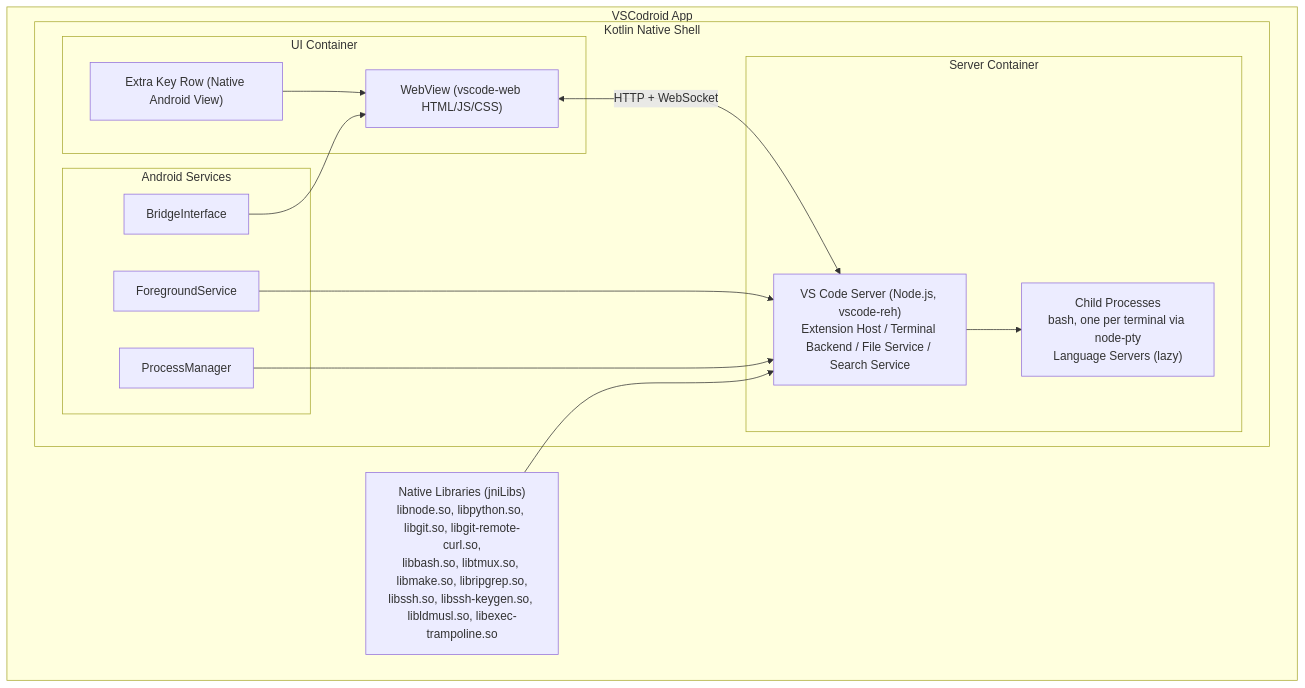
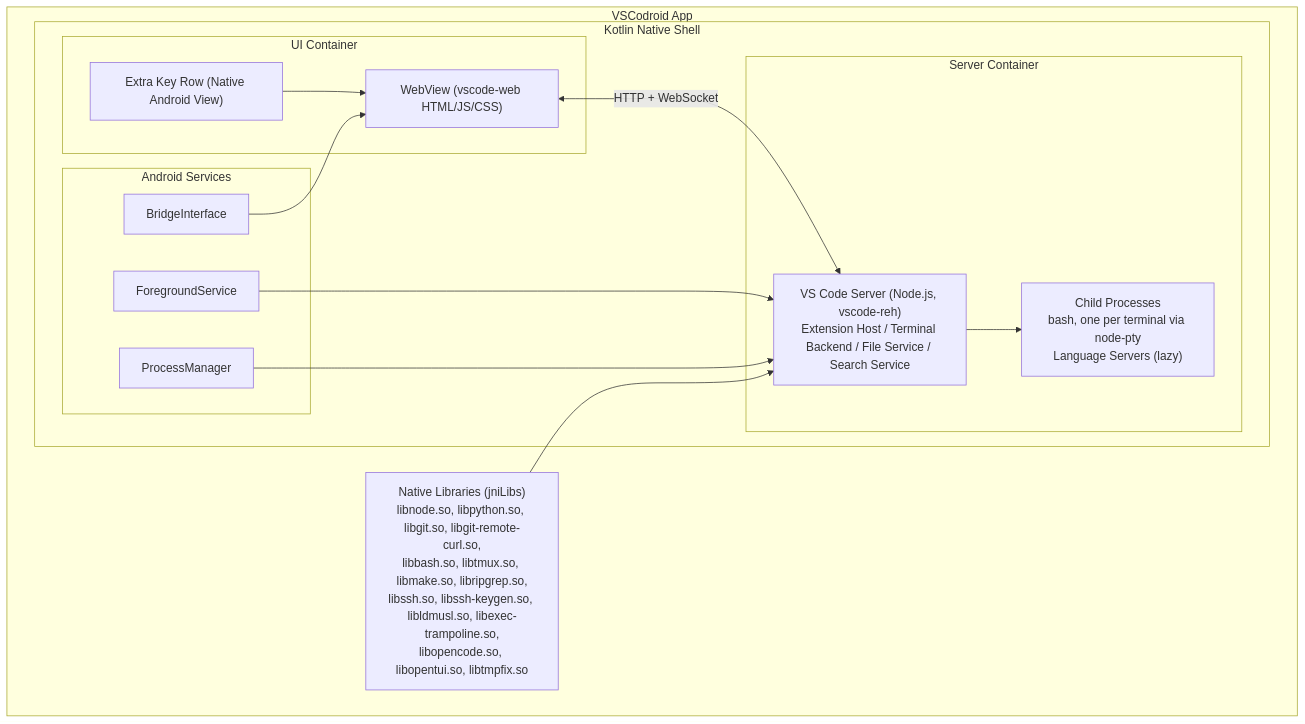
The third of 12 diagrams in docs/03-ARCHITECTURE.md (cuixinyuan666/vscodroid), drawn with Mermaid before and after one commit. The commit also changed other lines of this file and 26 other files, not shown here.

````diff
--- a/docs/03-ARCHITECTURE.md
+++ b/docs/03-ARCHITECTURE.md
@@ -85,32 +85,32 @@
 ```mermaid
 flowchart TD
   subgraph APP["VSCodroid App"]
     subgraph SHELL["Kotlin Native Shell"]
       subgraph UI["UI Container"]
         WEBVIEW["WebView (vscode-web HTML/JS/CSS)"]
         EXTRAROW["Extra Key Row (Native Android View)"]
       end
 
       subgraph SERVER["Server Container"]
         VSS["VS Code Server (Node.js, vscode-reh)<br/>Extension Host / Terminal Backend / File Service / Search Service"]
         CHILD["Child Processes<br/>bash, one per terminal via node-pty<br/>Language Servers (lazy)"]
       end
 
       subgraph SERVICES["Android Services"]
         FGSVC["ForegroundService"]
         PM["ProcessManager"]
         BRIDGE["BridgeInterface"]
       end
     end
 
-    LIBS["Native Libraries (jniLibs)<br/>libnode.so, libpython.so, libgit.so, libgit-remote-curl.so,<br/>libbash.so, libtmux.so, libmake.so, libripgrep.so,<br/>libssh.so, libssh-keygen.so, libldmusl.so, libexec-trampoline.so"]
+    LIBS["Native Libraries (jniLibs)<br/>libnode.so, libpython.so, libgit.so, libgit-remote-curl.so,<br/>libbash.so, libtmux.so, libmake.so, libripgrep.so,<br/>libssh.so, libssh-keygen.so, libldmusl.so, libexec-trampoline.so,<br/>libopencode.so, libopentui.so, libtmpfix.so"]
   end
 
   EXTRAROW --> WEBVIEW
   WEBVIEW <-->|"HTTP + WebSocket"| VSS
   VSS --> CHILD
   FGSVC --> VSS
   PM --> VSS
   BRIDGE --> WEBVIEW
   LIBS --> VSS
 ```
````
